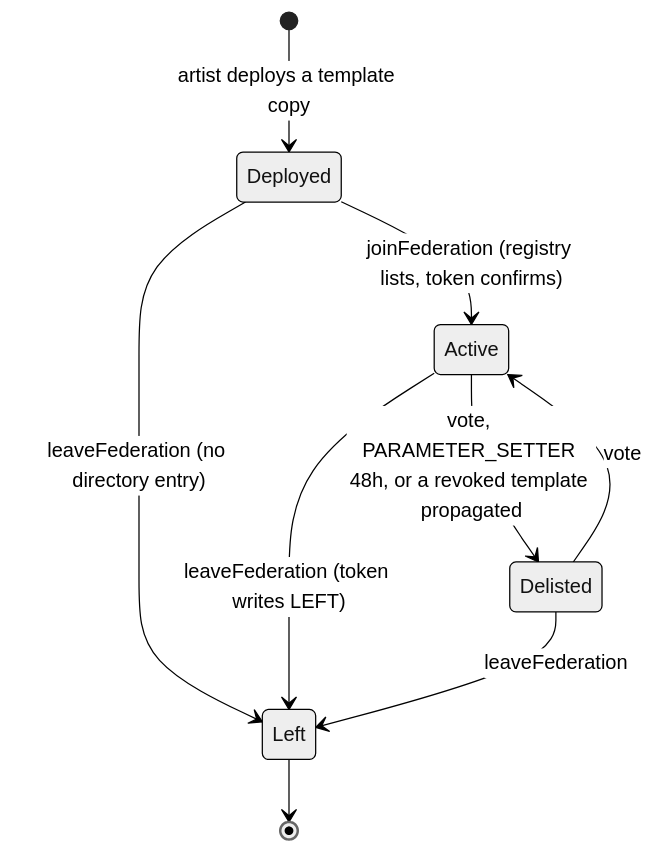
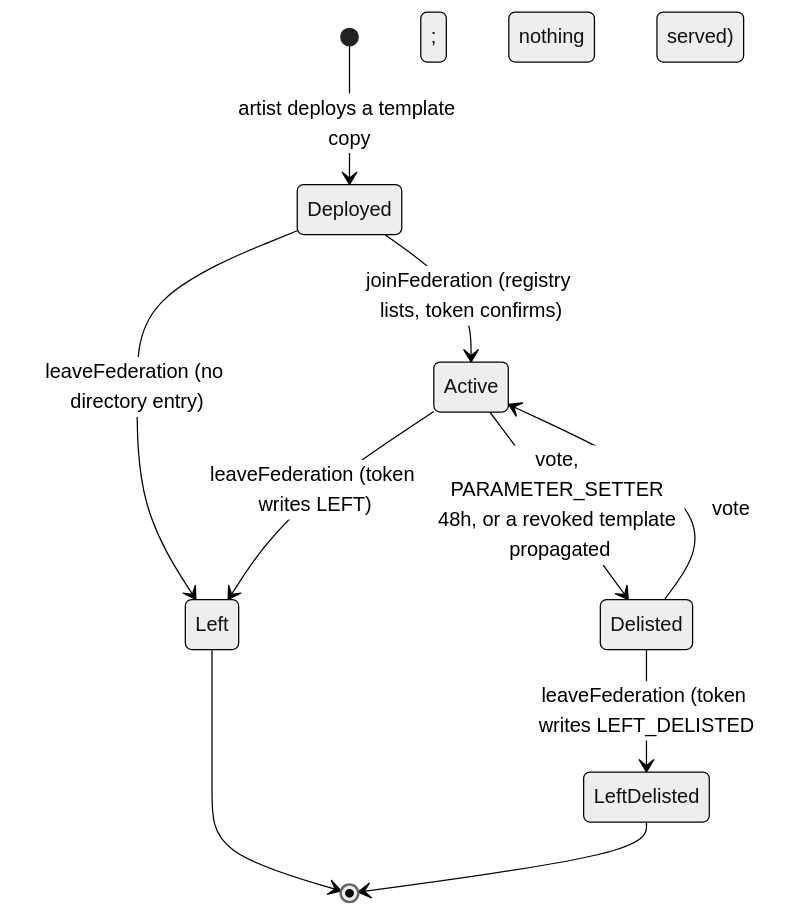
Before and after one commit to 6529-Collections/6529-works: the first of 2 diagrams in docs/spec/federation.md, drawn with Mermaid (neutral theme). The commit also changed other lines of this file and 16 other files, not shown here.

````diff
--- a/docs/spec/federation.md
+++ b/docs/spec/federation.md
@@ -95,11 +107,12 @@
 ```mermaid
 stateDiagram-v2
     [*] --> Deployed : artist deploys a template copy
     Deployed --> Active : joinFederation (registry lists, token confirms)
     Deployed --> Left : leaveFederation (no directory entry)
     Active --> Delisted : vote, PARAMETER_SETTER 48h, or a revoked template propagated
     Delisted --> Active : vote
     Active --> Left : leaveFederation (token writes LEFT)
-    Delisted --> Left : leaveFederation
+    Delisted --> LeftDelisted : leaveFederation (token writes LEFT_DELISTED; nothing served)
     Left --> [*]
+    LeftDelisted --> [*]
 ```
````
